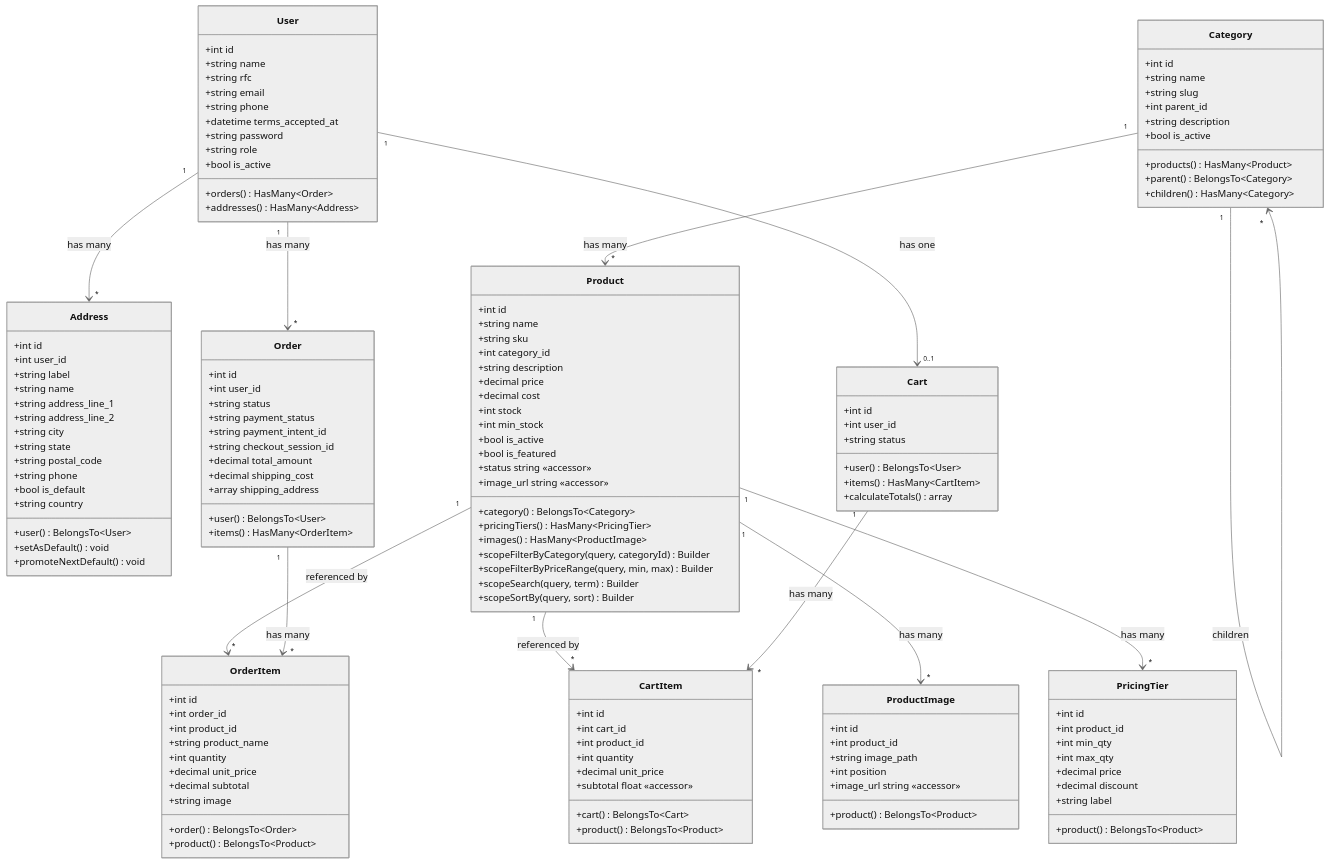
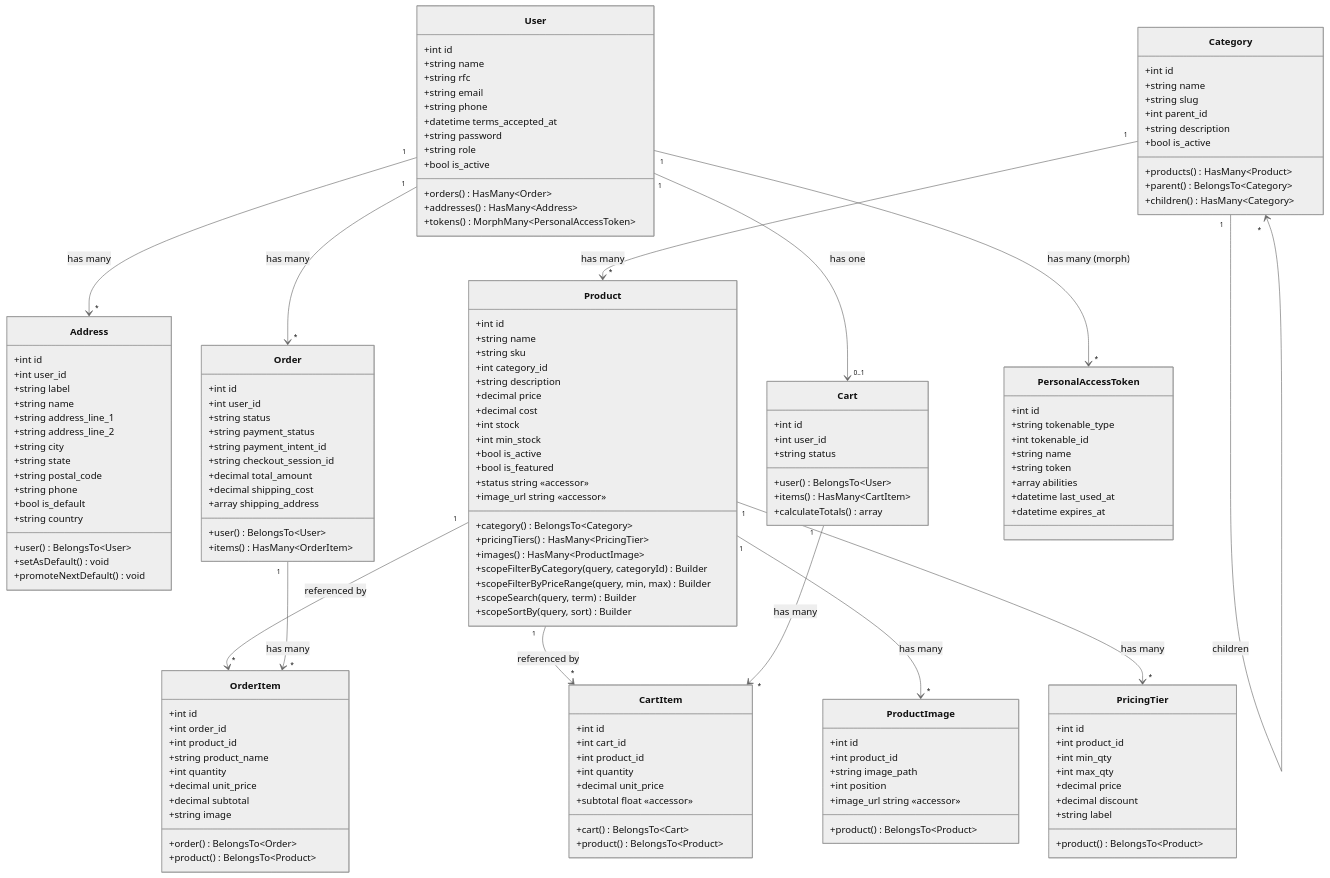
Before and after one commit to ikonoverde/b2b-api: the diagram in uml/entities.mmd, drawn with Mermaid (neutral theme). The commit also changed 11 other files, not shown here.

First line of the commit message:
Add change password endpoint, UML diagrams, and /documentation command

```diff
--- a/uml/entities.mmd
+++ b/uml/entities.mmd
@@ -1,153 +1,166 @@
 classDiagram
     direction TB
 
     class User {
         +int id
         +string name
         +string rfc
         +string email
         +string phone
         +datetime terms_accepted_at
         +string password
         +string role
         +bool is_active
         +orders() HasMany~Order~
         +addresses() HasMany~Address~
+        +tokens() MorphMany~PersonalAccessToken~
     }
 
     class Address {
         +int id
         +int user_id
         +string label
         +string name
         +string address_line_1
         +string address_line_2
         +string city
         +string state
         +string postal_code
         +string phone
         +bool is_default
         +string country
         +user() BelongsTo~User~
         +setAsDefault() void
         +promoteNextDefault() void
     }
 
     class Category {
         +int id
         +string name
         +string slug
         +int parent_id
         +string description
         +bool is_active
         +products() HasMany~Product~
         +parent() BelongsTo~Category~
         +children() HasMany~Category~
     }
 
     class Product {
         +int id
         +string name
         +string sku
         +int category_id
         +string description
         +decimal price
         +decimal cost
         +int stock
         +int min_stock
         +bool is_active
         +bool is_featured
         +status string «accessor»
         +image_url string «accessor»
         +category() BelongsTo~Category~
         +pricingTiers() HasMany~PricingTier~
         +images() HasMany~ProductImage~
         +scopeFilterByCategory(query, categoryId) Builder
         +scopeFilterByPriceRange(query, min, max) Builder
         +scopeSearch(query, term) Builder
         +scopeSortBy(query, sort) Builder
     }
 
     class ProductImage {
         +int id
         +int product_id
         +string image_path
         +int position
         +image_url string «accessor»
         +product() BelongsTo~Product~
     }
 
     class PricingTier {
         +int id
         +int product_id
         +int min_qty
         +int max_qty
         +decimal price
         +decimal discount
         +string label
         +product() BelongsTo~Product~
     }
 
     class Cart {
         +int id
         +int user_id
         +string status
         +user() BelongsTo~User~
         +items() HasMany~CartItem~
         +calculateTotals() array
     }
 
     class CartItem {
         +int id
         +int cart_id
         +int product_id
         +int quantity
         +decimal unit_price
         +subtotal float «accessor»
         +cart() BelongsTo~Cart~
         +product() BelongsTo~Product~
     }
 
     class Order {
         +int id
         +int user_id
         +string status
         +string payment_status
         +string payment_intent_id
         +string checkout_session_id
         +decimal total_amount
         +decimal shipping_cost
         +array shipping_address
         +user() BelongsTo~User~
         +items() HasMany~OrderItem~
     }
 
     class OrderItem {
         +int id
         +int order_id
         +int product_id
         +string product_name
         +int quantity
         +decimal unit_price
         +decimal subtotal
         +string image
         +order() BelongsTo~Order~
         +product() BelongsTo~Product~
     }
 
+    class PersonalAccessToken {
+        +int id
+        +string tokenable_type
+        +int tokenable_id
+        +string name
+        +string token
+        +array abilities
+        +datetime last_used_at
+        +datetime expires_at
+    }
+
     User "1" --> "*" Address : has many
     User "1" --> "*" Order : has many
     User "1" --> "0..1" Cart : has one
+    User "1" --> "*" PersonalAccessToken : has many (morph)
 
     Category "1" --> "*" Product : has many
     Category "1" --> "0..1" Category : parent
     Category "1" --> "*" Category : children
 
     Product "1" --> "*" ProductImage : has many
     Product "1" --> "*" PricingTier : has many
     Product "1" --> "*" CartItem : referenced by
     Product "1" --> "*" OrderItem : referenced by
 
     Cart "1" --> "*" CartItem : has many
 
     Order "1" --> "*" OrderItem : has many
```
